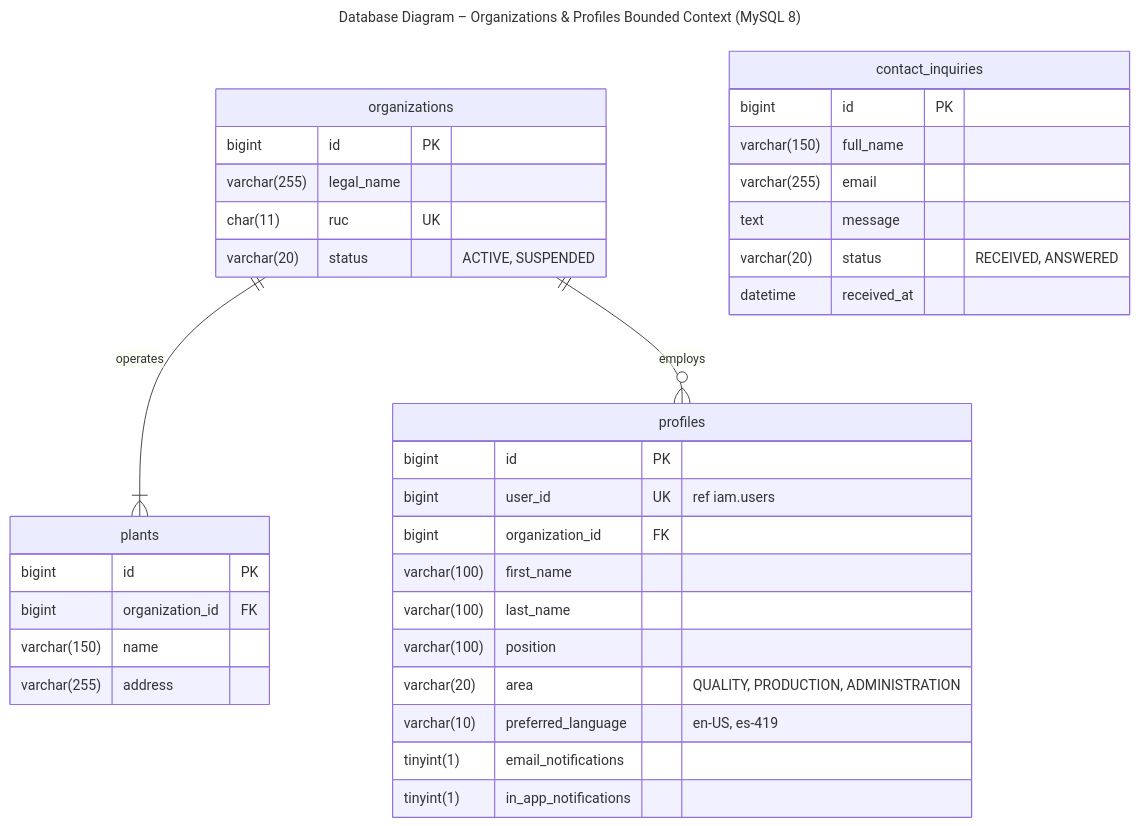
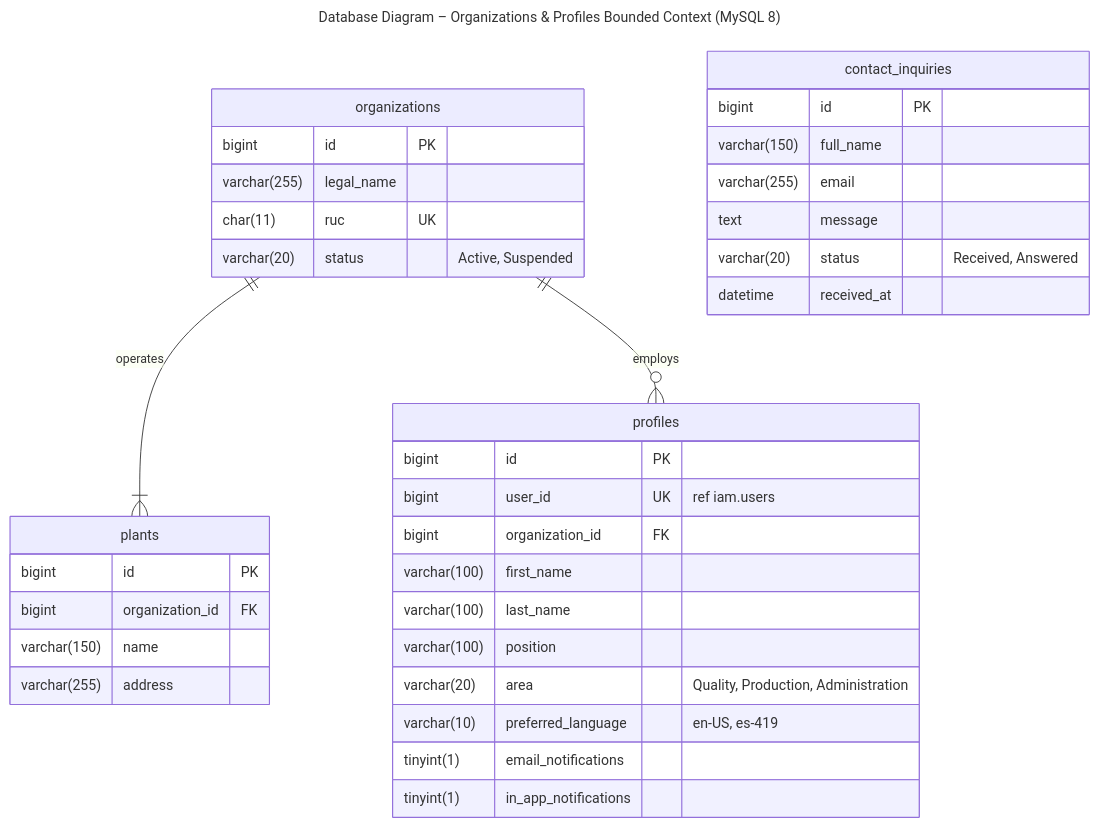
The diagram in assets/diagrams/mermaid/db-02-organizations.mmd (IngesCompanyCC/IngesCompanyCC-Project-Report), drawn with Mermaid before and after one commit. The commit also changed 7 other files, not shown here.

Commit message:
fix(diagrams): store enum values in pascal case and align class enums with the database

```diff
--- a/assets/diagrams/mermaid/db-02-organizations.mmd
+++ b/assets/diagrams/mermaid/db-02-organizations.mmd
@@ -1,38 +1,38 @@
 ---
 title: "Database Diagram – Organizations & Profiles Bounded Context (MySQL 8)"
 ---
 erDiagram
   organizations {
     bigint id PK
     varchar(255) legal_name
     char(11) ruc UK
-    varchar(20) status "ACTIVE, SUSPENDED"
+    varchar(20) status "Active, Suspended"
   }
   plants {
     bigint id PK
     bigint organization_id FK
     varchar(150) name
     varchar(255) address
   }
   profiles {
     bigint id PK
     bigint user_id UK "ref iam.users"
     bigint organization_id FK
     varchar(100) first_name
     varchar(100) last_name
     varchar(100) position
-    varchar(20) area "QUALITY, PRODUCTION, ADMINISTRATION"
+    varchar(20) area "Quality, Production, Administration"
     varchar(10) preferred_language "en-US, es-419"
     tinyint(1) email_notifications
     tinyint(1) in_app_notifications
   }
   contact_inquiries {
     bigint id PK
     varchar(150) full_name
     varchar(255) email
     text message
-    varchar(20) status "RECEIVED, ANSWERED"
+    varchar(20) status "Received, Answered"
     datetime received_at
   }
   organizations ||--|{ plants : "operates"
   organizations ||--o{ profiles : "employs"
```
